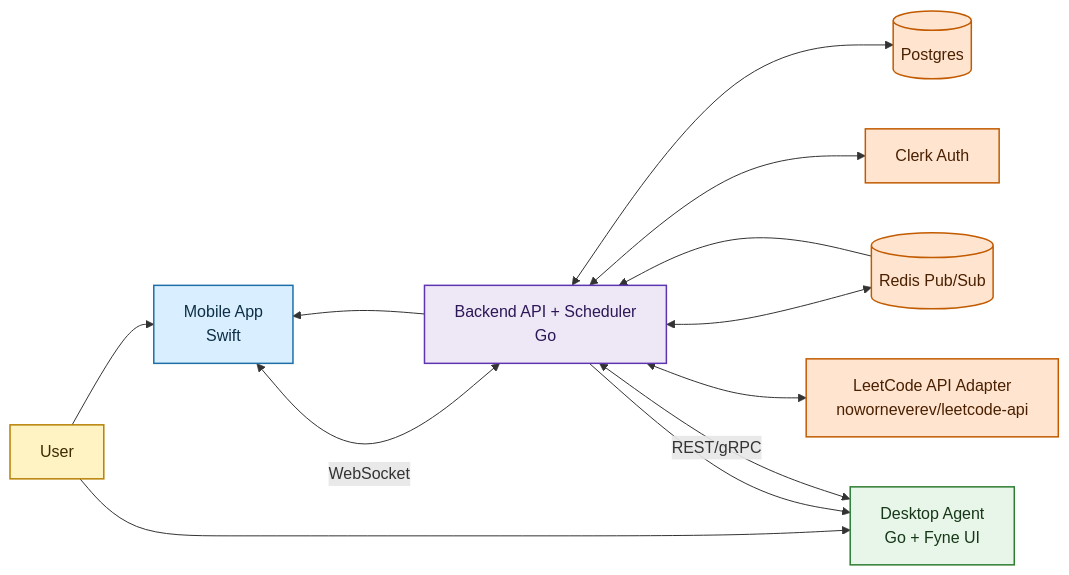
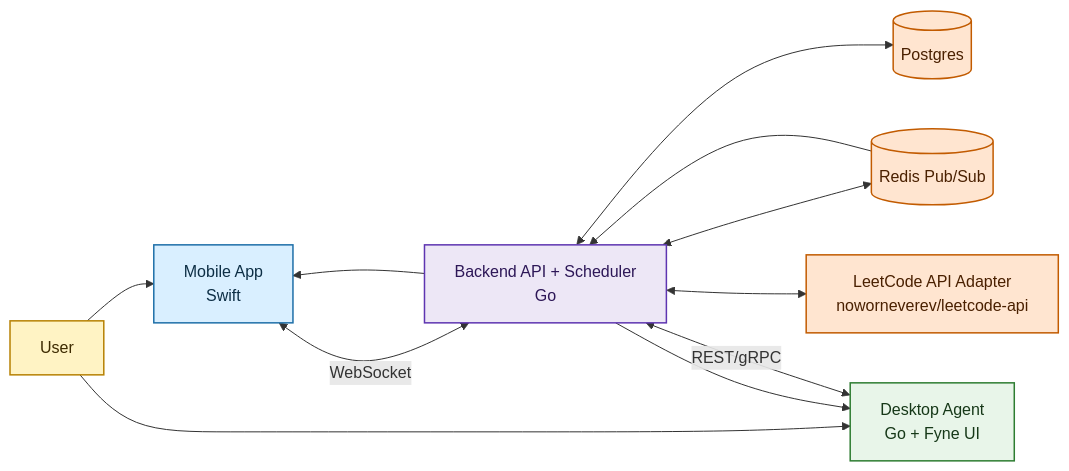
One commit to joewadk/queue_up changed the first of 4 diagrams in README.md. Above: the diagram before and after it, drawn with Mermaid. The commit also changed other lines of this file and 1 other file, not shown here.

````diff
--- a/README.md
+++ b/README.md
@@ -34,28 +34,27 @@
 ```mermaid
 flowchart LR
     U[User] --> M[Mobile App<br/>Swift]
     U --> D[Desktop Agent<br/>Go + Fyne UI]
 
     M <--> |WebSocket| B[Backend API + Scheduler<br/>Go]
     D <--> |REST/gRPC| B
     B <--> R[(Redis Pub/Sub)]
     B <--> P[(Postgres)]
-    B <--> C[Clerk Auth]
     B <--> L[LeetCode API Adapter<br/>noworneverev/leetcode-api]
 
     R --> B
     B --> M
     B --> D
 
     classDef user fill:#FFF3C4,stroke:#B78103,color:#3D2A00,stroke-width:1.5px;
     classDef mobile fill:#D9EFFF,stroke:#1E6FA8,color:#0D2E45,stroke-width:1.5px;
     classDef desktop fill:#E8F5E9,stroke:#2E7D32,color:#163818,stroke-width:1.5px;
     classDef backend fill:#EDE7F6,stroke:#5E35B1,color:#2D1757,stroke-width:1.5px;
     classDef infra fill:#FFE5D0,stroke:#C25B00,color:#4A2000,stroke-width:1.5px;
 
     class U user;
     class M mobile;
     class D desktop;
     class B backend;
-    class R,P,C,L infra;
+    class R,P,L infra;
 ```
````
